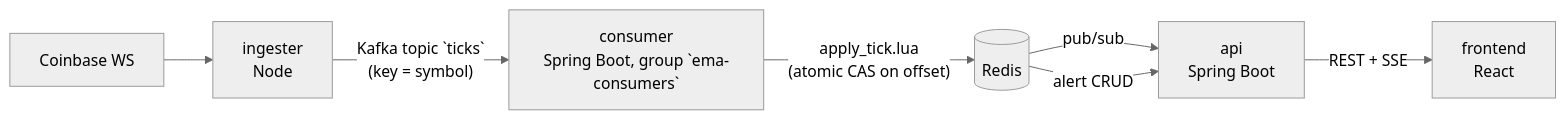
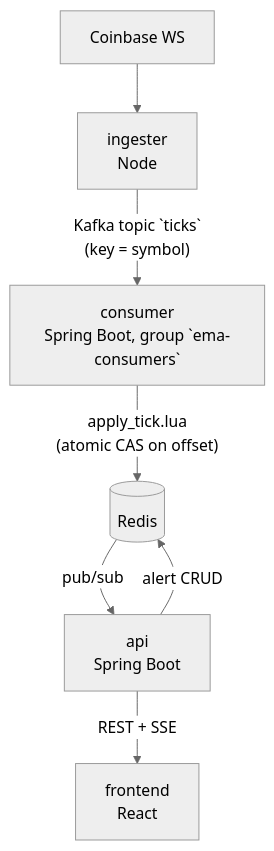
Before and after one commit to Ayomide1x/market-data-pipeline: the diagram in README.md, drawn with Mermaid (neutral theme).

Commit message:
README: top-down architecture diagram, fix alert CRUD direction

````diff
--- a/README.md
+++ b/README.md
@@ -10,9 +10,9 @@
 ```mermaid
-flowchart LR
+flowchart TD
     CB[Coinbase WS] --> ING[ingester<br/>Node]
     ING -->|"Kafka topic `ticks`<br/>(key = symbol)"| CON[consumer<br/>Spring Boot, group `ema-consumers`]
     CON -->|"apply_tick.lua<br/>(atomic CAS on offset)"| REDIS[(Redis)]
     REDIS -->|pub/sub| API[api<br/>Spring Boot]
-    REDIS -->|alert CRUD| API
+    API -->|alert CRUD| REDIS
     API -->|REST + SSE| FE[frontend<br/>React]
 ```
````
